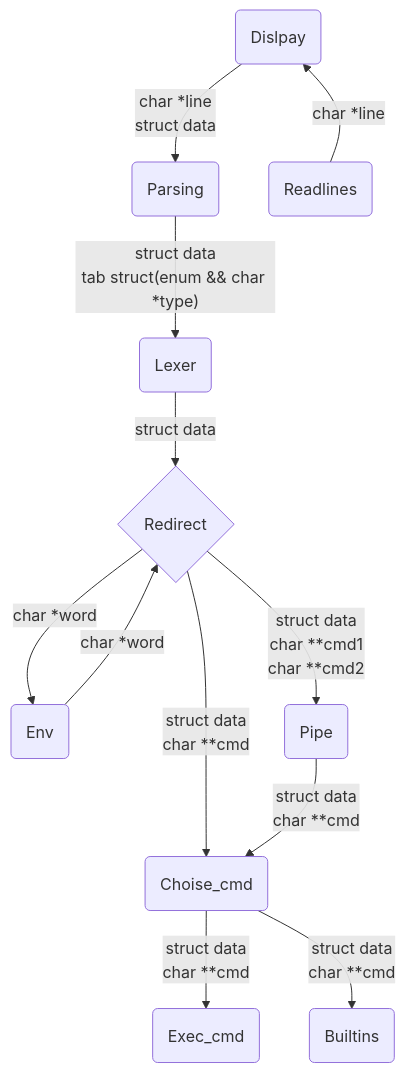
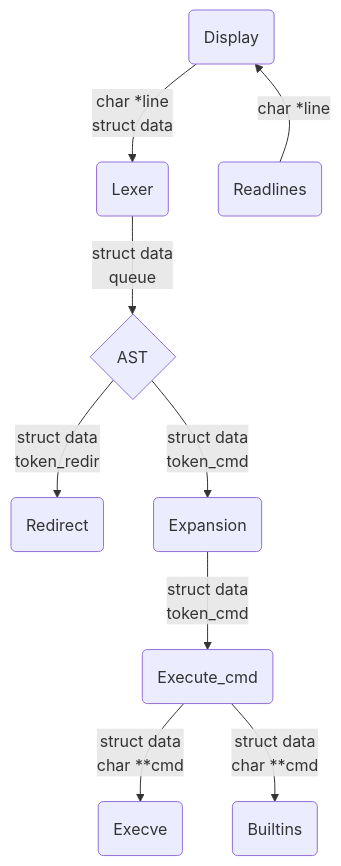
The first of 2 diagrams in README.md (titouan-lef/42_minishell), drawn with Mermaid before and after one commit. The commit also changed other lines of this file, not shown here.

Commit message:
UPDATE: README.md
Corrected  graph of the project and remade git organisation

````diff
--- a/README.md
+++ b/README.md
@@ -59,25 +60,20 @@
 ```mermaid
 graph TB;
-    A(Dislpay) --"char *line
-struct data"--> C(Parsing);
+    A(Display) --"char *line
+struct data"--> C(Lexer);
     A ~~~ Z(Readlines);
     Z --"char *line"--> A;
     C --"struct data
-tab struct(enum && char *type)"--> D(Lexer);
-    D --"struct data"--> E{Redirect};
-    E --"char *word"--> F(Env);
-    F --"char *word"--> E;
-    E --"struct data
-char **cmd1
-char **cmd2" --> G(Pipe);
-    E --"struct data
-char **cmd" --> H(Choise_cmd);
+queue"--> D{AST};
+    D --"struct data
+token_redir"--> E(Redirect);
+    D --"struct data
+token_cmd"--> F(Expansion);
+    F --"struct data
+token_cmd" --> G(Execute_cmd);
     G --"struct data
-char **cmd" --> H;
-
-    H --"struct data
-char **cmd" --> I(Exec_cmd);
-    H --"struct data
-char **cmd" --> J(Builtins);
+char **cmd" --> H(Execve);
+    G --"struct data
+char **cmd" --> I(Builtins);
     
 ```
````
